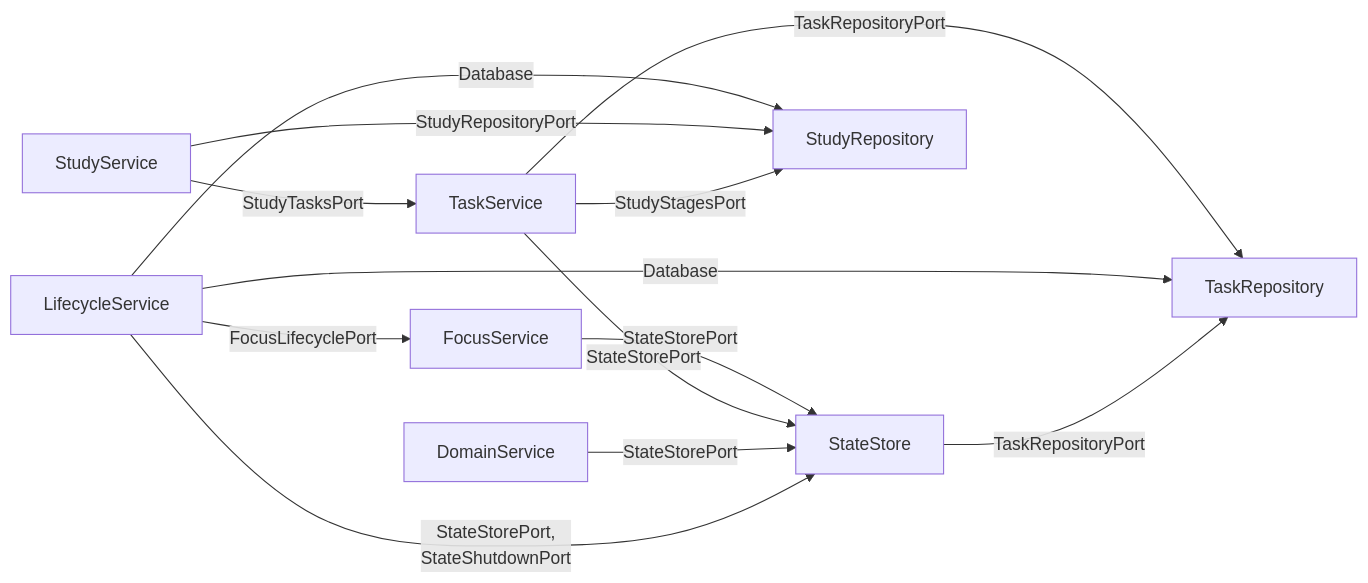
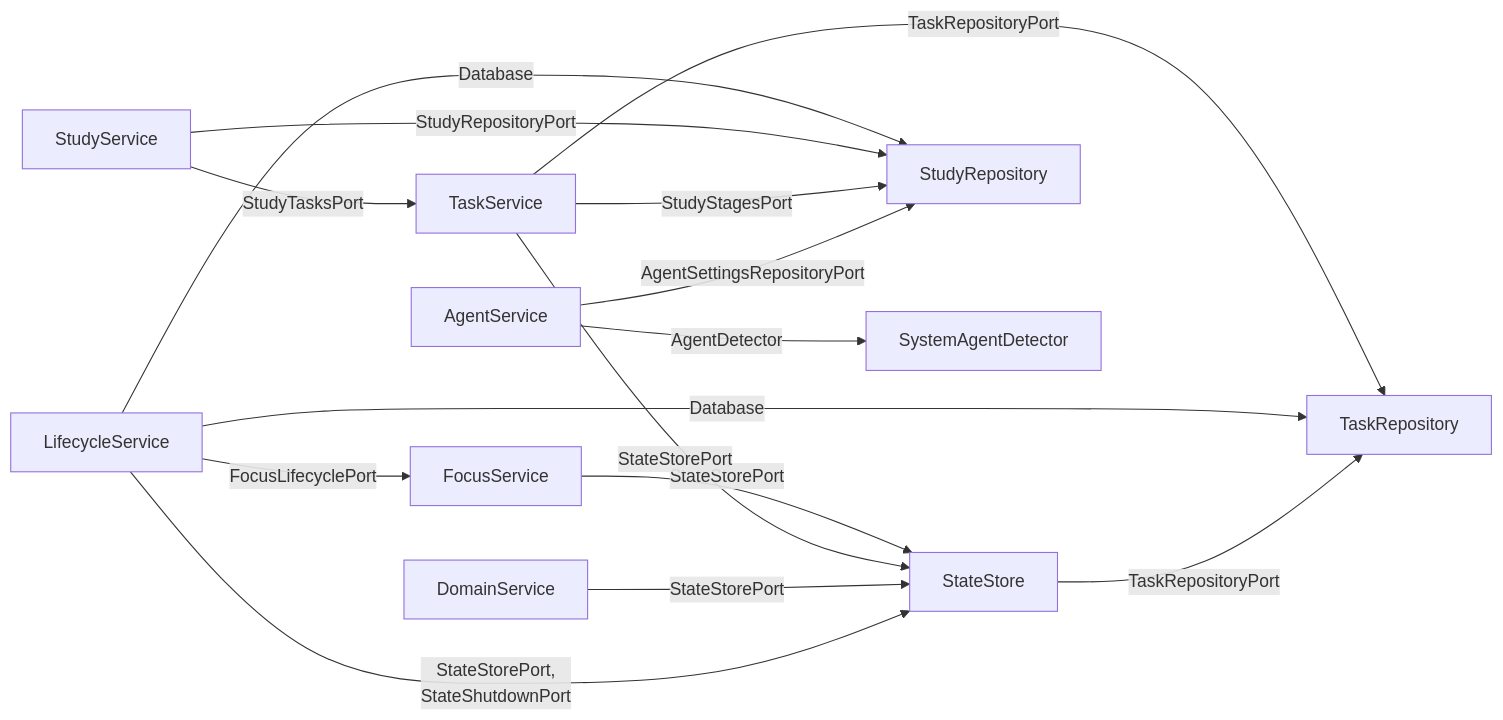
Before and after one commit to DevJuan95/ritmo: the fifth of 13 diagrams in docs/arquitectura.md, drawn with Mermaid. The commit also changed other lines of this file and 37 other files, not shown here.

````diff
--- a/docs/arquitectura.md
+++ b/docs/arquitectura.md
@@ -171,24 +177,28 @@
 ```mermaid
 flowchart LR
   focus["FocusService"]
   taskService["TaskService"]
   domainService["DomainService"]
   lifecycle["LifecycleService"]
   store["StateStore"]
   repo["TaskRepository"]
   studyService["StudyService"]
   studyRepo["StudyRepository"]
+  agentService["AgentService"]
+  detector["SystemAgentDetector"]
 
   focus -- "StateStorePort" --> store
   taskService -- "StateStorePort" --> store
   taskService -- "TaskRepositoryPort" --> repo
   domainService -- "StateStorePort" --> store
   lifecycle -- "StateStorePort,<br/>StateShutdownPort" --> store
   lifecycle -- "FocusLifecyclePort" --> focus
   lifecycle -- "Database" --> repo
   lifecycle -- "Database" --> studyRepo
   store -- "TaskRepositoryPort" --> repo
   studyService -- "StudyRepositoryPort" --> studyRepo
   studyService -- "StudyTasksPort" --> taskService
   taskService -- "StudyStagesPort" --> studyRepo
+  agentService -- "AgentSettingsRepositoryPort" --> studyRepo
+  agentService -- "AgentDetector" --> detector
 ```
````
